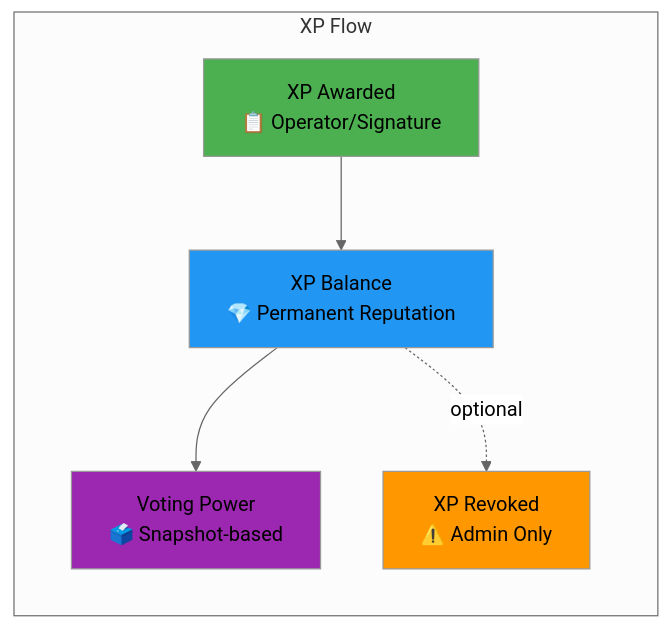
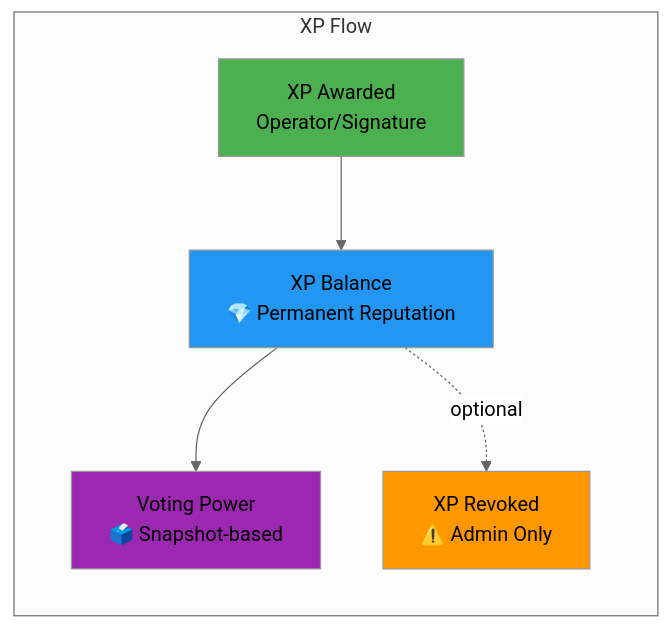
The seventh of 10 diagrams in README.md (Elata-Biosciences/elata-protocol), drawn with Mermaid (neutral theme) before and after one commit. The commit also changed other lines of this file and 21 other files, not shown here.

````diff
--- a/README.md
+++ b/README.md
@@ -712,18 +712,18 @@
 ```mermaid
 graph LR
     subgraph "XP Flow"
-        AWARD[XP Awarded<br/>📋 Operator/Signature]
+        AWARD[XP Awarded<br/> Operator/Signature]
         HOLD[XP Balance<br/>💎 Permanent Reputation]
         VOTE[Voting Power<br/>🗳️ Snapshot-based]
         REVOKE[XP Revoked<br/>⚠️ Admin Only]
     end
     
     AWARD --> HOLD
     HOLD --> VOTE
     HOLD -.optional.-> REVOKE
     
     style AWARD fill:#4caf50
     style HOLD fill:#2196f3
     style VOTE fill:#9c27b0
     style REVOKE fill:#ff9800
 ```
````
